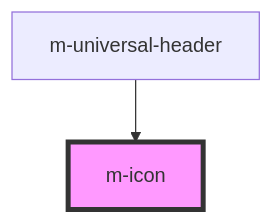
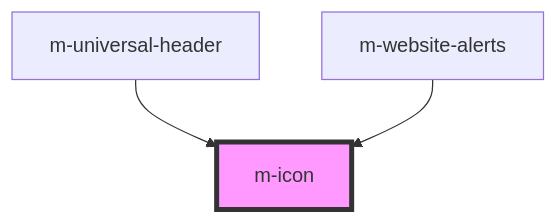
Before and after one commit to mlibrary/design-system-old: the diagram in packages/components/src/components/icon/readme.md, drawn with Mermaid. The commit also changed other lines of this file and 1 other file, not shown here.

Commit message:
Auto generated component READMEs.

````diff
--- a/packages/components/src/components/icon/readme.md
+++ b/packages/components/src/components/icon/readme.md
@@ -22,5 +23,6 @@
 ```mermaid
 graph TD;
   m-universal-header --> m-icon
+  m-website-alerts --> m-icon
   style m-icon fill:#f9f,stroke:#333,stroke-width:4px
 ```
````
